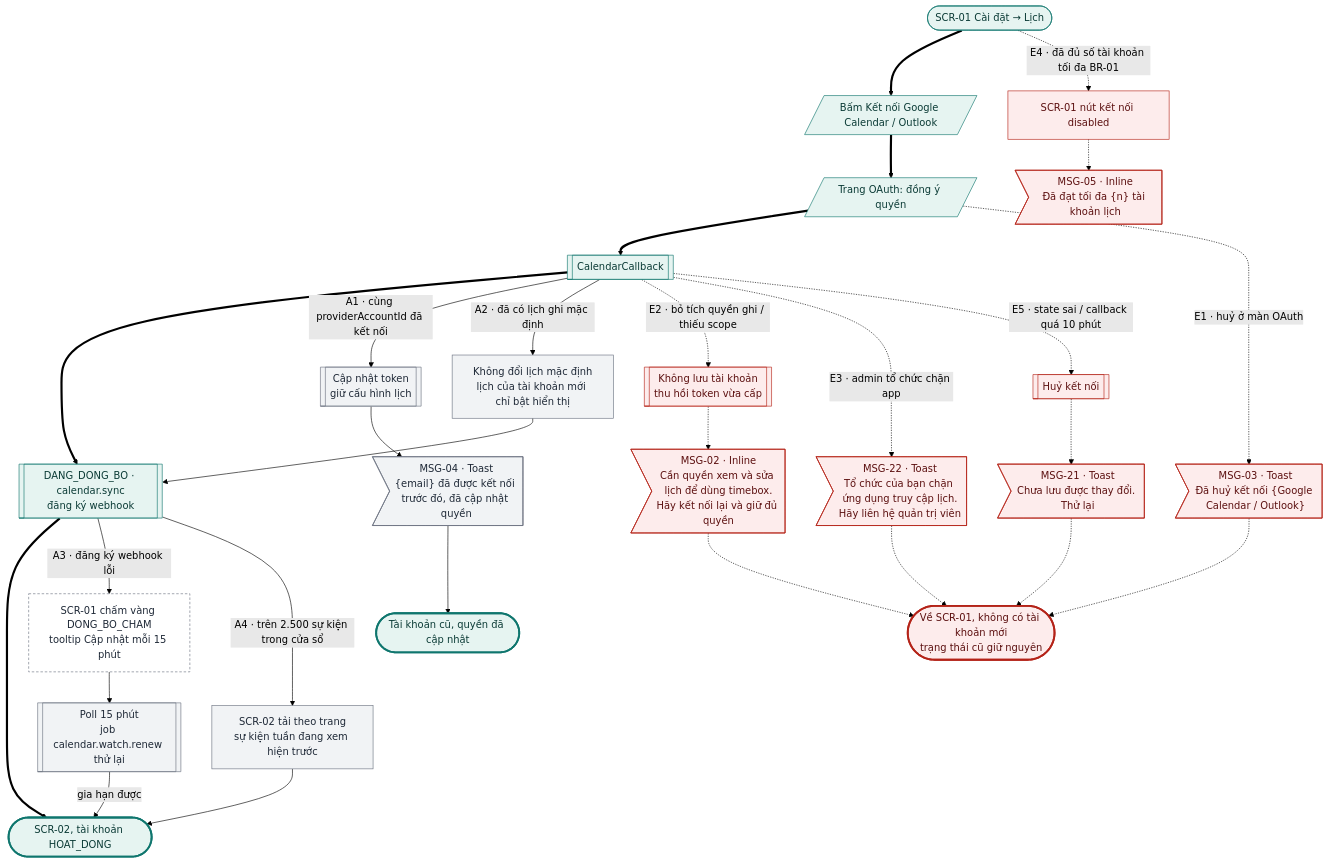
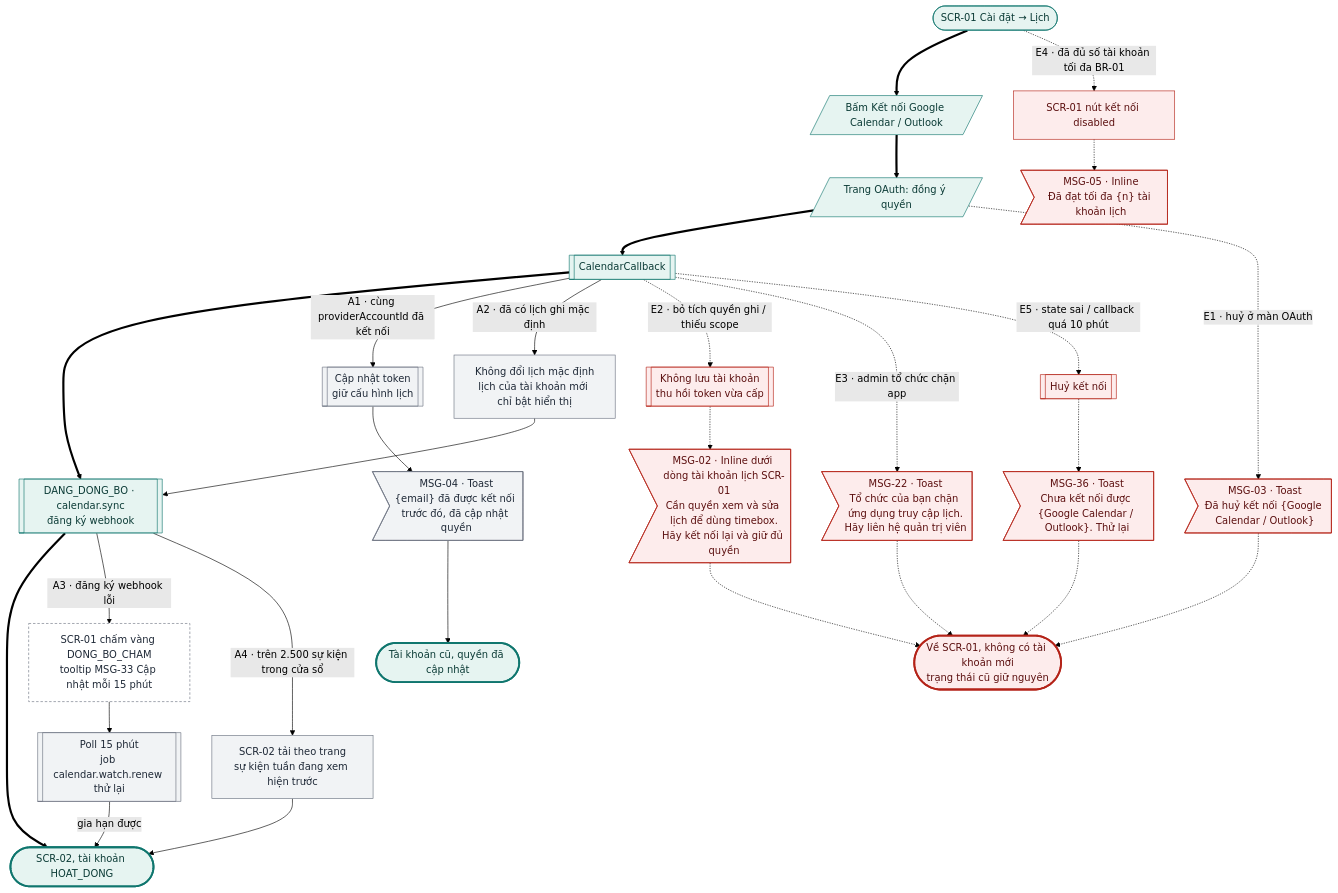
The second of 22 diagrams in docs/design-brief/flow/g05-lich-timebox.md (tannguyenho/personal-app), drawn with Mermaid (forest theme) before and after one commit. The commit also changed other lines of this file and 7 other files, not shown here.

First line of the commit message:
docs(G05, G07): áp quyết định PO 09/11 vào SRS, PRD, flow; QC-10, IA khay

````diff
--- a/docs/design-brief/flow/g05-lich-timebox.md
+++ b/docs/design-brief/flow/g05-lich-timebox.md
@@ -61,50 +61,50 @@
 ```mermaid
 flowchart TD
   start(["SCR-01 Cài đặt → Lịch"])
   u1[/"Bấm Kết nối Google Calendar / Outlook"/]
   u2[/"Trang OAuth: đồng ý quyền"/]
   p2[["CalendarCallback"]]
   p3[["DANG_DONG_BO · calendar.sync<br/>đăng ký webhook"]]
   ok(["SCR-02, tài khoản HOAT_DONG"])
   start ==> u1 ==> u2 ==> p2 ==> p3 ==> ok
 
   p2 -->|"A1 · cùng providerAccountId đã kết nối"| a1[["Cập nhật token<br/>giữ cấu hình lịch"]]
   a1 --> a1m>"MSG-04 · Toast<br/>{email} đã được kết nối trước đó, đã cập nhật quyền"]
   a1m --> a1ok(["Tài khoản cũ, quyền đã cập nhật"])
   p2 -->|"A2 · đã có lịch ghi mặc định"| a2["Không đổi lịch mặc định<br/>lịch của tài khoản mới chỉ bật hiển thị"]
   a2 --> p3
-  p3 -->|"A3 · đăng ký webhook lỗi"| a3["SCR-01 chấm vàng DONG_BO_CHAM<br/>tooltip Cập nhật mỗi 15 phút"]
+  p3 -->|"A3 · đăng ký webhook lỗi"| a3["SCR-01 chấm vàng DONG_BO_CHAM<br/>tooltip MSG-33 Cập nhật mỗi 15 phút"]
   a3 --> a3p[["Poll 15 phút<br/>job calendar.watch.renew thử lại"]]
   a3p -->|"gia hạn được"| ok
   p3 -->|"A4 · trên 2.500 sự kiện trong cửa sổ"| a4["SCR-02 tải theo trang<br/>sự kiện tuần đang xem hiện trước"]
   a4 --> ok
 
   start -.->|"E4 · đã đủ số tài khoản tối đa BR-01"| e4["SCR-01 nút kết nối disabled"]
   e4 -.-> e4m>"MSG-05 · Inline<br/>Đã đạt tối đa {n} tài khoản lịch"]
   u2 -.->|"E1 · huỷ ở màn OAuth"| e1m>"MSG-03 · Toast<br/>Đã huỷ kết nối {Google Calendar / Outlook}"]
   p2 -.->|"E2 · bỏ tích quyền ghi / thiếu scope"| e2[["Không lưu tài khoản<br/>thu hồi token vừa cấp"]]
-  e2 -.-> e2m>"MSG-02 · Inline<br/>Cần quyền xem và sửa lịch để dùng timebox.<br/>Hãy kết nối lại và giữ đủ quyền"]
+  e2 -.-> e2m>"MSG-02 · Inline dưới dòng tài khoản lịch SCR-01<br/>Cần quyền xem và sửa lịch để dùng timebox.<br/>Hãy kết nối lại và giữ đủ quyền"]
   p2 -.->|"E3 · admin tổ chức chặn app"| e3m>"MSG-22 · Toast<br/>Tổ chức của bạn chặn ứng dụng truy cập lịch.<br/>Hãy liên hệ quản trị viên"]
   p2 -.->|"E5 · state sai / callback quá 10 phút"| e5[["Huỷ kết nối"]]
-  e5 -.-> e5m>"MSG-21 · Toast<br/>Chưa lưu được thay đổi. Thử lại"]
+  e5 -.-> e5m>"MSG-36 · Toast<br/>Chưa kết nối được {Google Calendar / Outlook}. Thử lại"]
   e1m -.-> fail(["Về SCR-01, không có tài khoản mới<br/>trạng thái cũ giữ nguyên"])
   e2m -.-> fail
   e3m -.-> fail
   e5m -.-> fail
 
   class start,u1,u2,p2,p3 happy
   class a1,a1m,a2,a3p,a4 alt
   class a3 sync
   class e4,e4m,e1m,e2,e2m,e3m,e5,e5m err
   class ok,a1ok done
   class fail fail
   classDef happy fill:#E6F4F1,stroke:#0F766E,color:#0B3B36
   classDef alt fill:#F1F3F5,stroke:#6B7280,color:#1F2937
   classDef err fill:#FDECEC,stroke:#B42318,color:#5C1010
   classDef warn fill:#FEF4E2,stroke:#B45309,color:#4A2604
   classDef ai fill:#F1ECFD,stroke:#6D28D9,color:#2E1065
   classDef sync fill:#FFFFFF,stroke:#6B7280,stroke-dasharray:4 3,color:#1F2937
   classDef link fill:#FFFFFF,stroke:#0F766E,stroke-dasharray:4 3,color:#0B3B36
   classDef done fill:#E6F4F1,stroke:#0F766E,stroke-width:3px,color:#0B3B36
   classDef fail fill:#FDECEC,stroke:#B42318,stroke-width:3px,color:#5C1010
 ```
````
